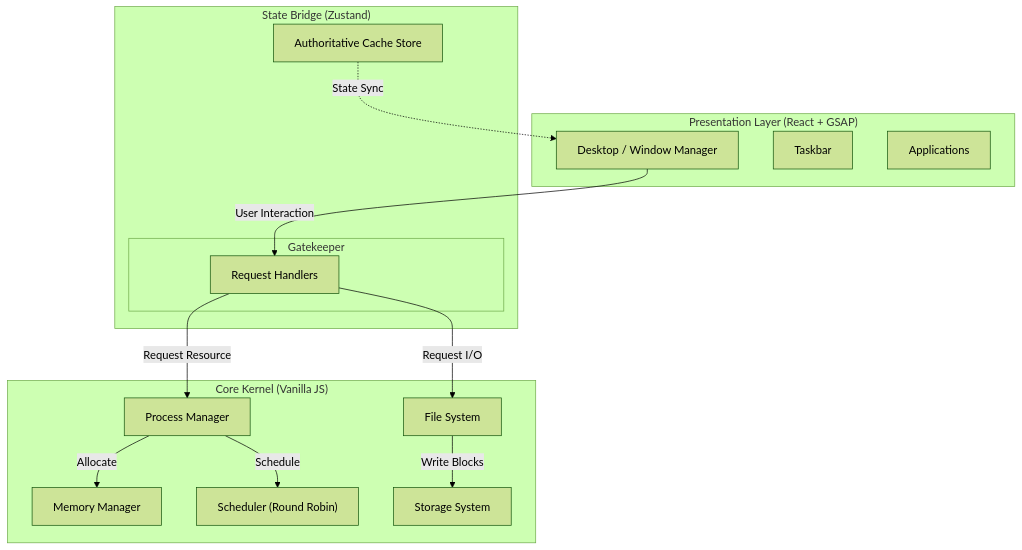
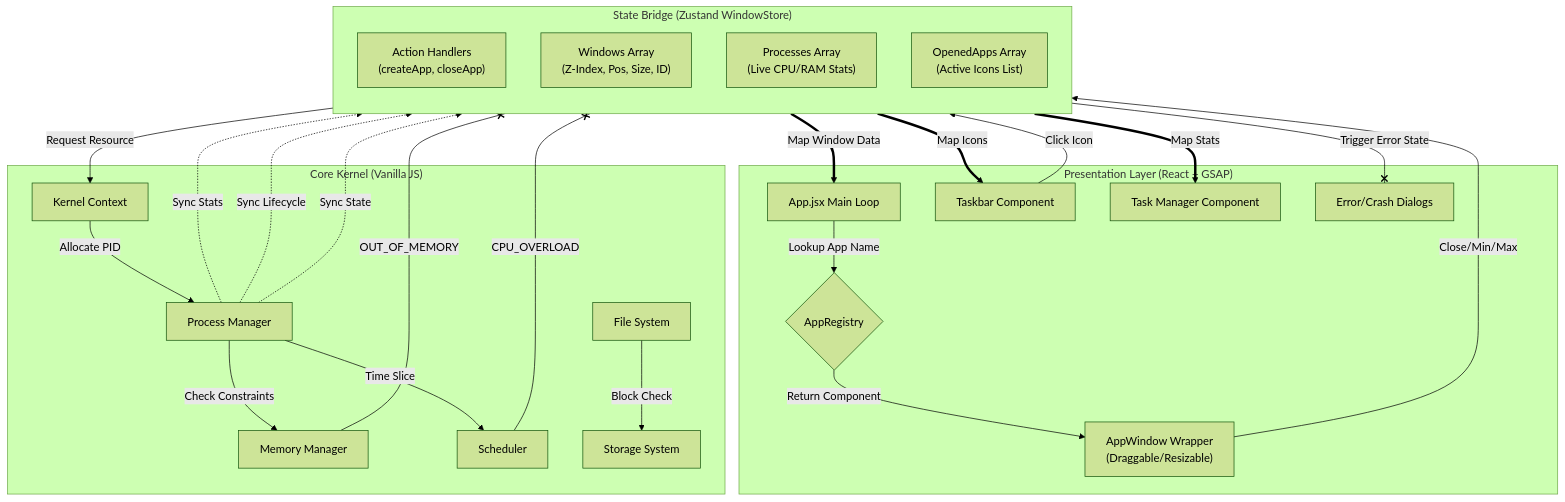
Before and after one commit to Abhivansh0/Web-Based-OS: the diagram in README.md, drawn with Mermaid (forest theme).

Commit message:
Update README with enhanced mermaid diagram

````diff
--- a/README.md
+++ b/README.md
@@ -132,32 +132,60 @@
 ```mermaid
 graph TD
     subgraph "Presentation Layer (React + GSAP)"
-        UI["Desktop / Window Manager"]
-        Taskbar
-        Apps[Applications]
+        AppLoop["App.jsx Main Loop"]
+        Registry{"AppRegistry"}
+        WinSys["AppWindow Wrapper<br/>(Draggable/Resizable)"]
+        TBar["Taskbar Component"]
+        TM["Task Manager Component"]
+        ErrorUI["Error/Crash Dialogs"]
     end
 
-    subgraph "State Bridge (Zustand)"
-        Store[Authoritative Cache Store]
-        subgraph "Gatekeeper"
-            Actions[Request Handlers]
-        end
+    subgraph "State Bridge (Zustand WindowStore)"
+        direction TB
+        Actions["Action Handlers<br/>(createApp, closeApp)"]
+        
+        %% The 3 Specific Arrays you mentioned
+        W_State["Windows Array<br/>(Z-Index, Pos, Size, ID)"]
+        P_State["Processes Array<br/>(Live CPU/RAM Stats)"]
+        T_State["OpenedApps Array<br/>(Active Icons List)"]
     end
 
     subgraph "Core Kernel (Vanilla JS)"
-        PM[Process Manager]
-        MM[Memory Manager]
-        SCH["Scheduler (Round Robin)"]
-        FS[File System]
-        Disk[Storage System]
+        Context["Kernel Context"]
+        PM["Process Manager"]
+        MM["Memory Manager"]
+        SCH["Scheduler"]
+        FS["File System"]
+        Disk["Storage System"]
     end
 
-    UI -->|User Interaction| Actions
-    Actions -->|Request Resource| PM
-    Actions -->|Request I/O| FS
-    PM -->|Allocate| MM
-    PM -->|Schedule| SCH
-    FS -->|Write Blocks| Disk
-    
-    Store -.->|State Sync| UI
+    %% --- FLOW 1: User Interaction ---
+    TBar -->|Click Icon| Actions
+    WinSys -->|Close/Min/Max| Actions
+
+    %% --- FLOW 2: Kernel Authority ---
+    Actions -->|Request Resource| Context
+    Context -->|Allocate PID| PM
+    PM -->|Check Constraints| MM
+    PM -->|Time Slice| SCH
+    FS -->|Block Check| Disk
+
+    %% --- FLOW 3: Error Handling (The 'Sad' Path) ---
+    MM --x|OUT_OF_MEMORY| Actions
+    SCH --x|CPU_OVERLOAD| Actions
+    Actions --x|Trigger Error State| ErrorUI
+
+    %% --- FLOW 4: Data Sync (Kernel -> Store) ---
+    PM -.->|Sync Stats| P_State
+    PM -.->|Sync Lifecycle| T_State
+    PM -.->|Sync State| W_State
+
+    %% --- FLOW 5: Rendering (Store -> UI) ---
+    W_State ==>|Map Window Data| AppLoop
+    P_State ==>|Map Stats| TM
+    T_State ==>|Map Icons| TBar
+
+    %% --- FLOW 6: The Registry Pattern ---
+    AppLoop -->|Lookup App Name| Registry
+    Registry -->|Return Component| WinSys
 ```
````
